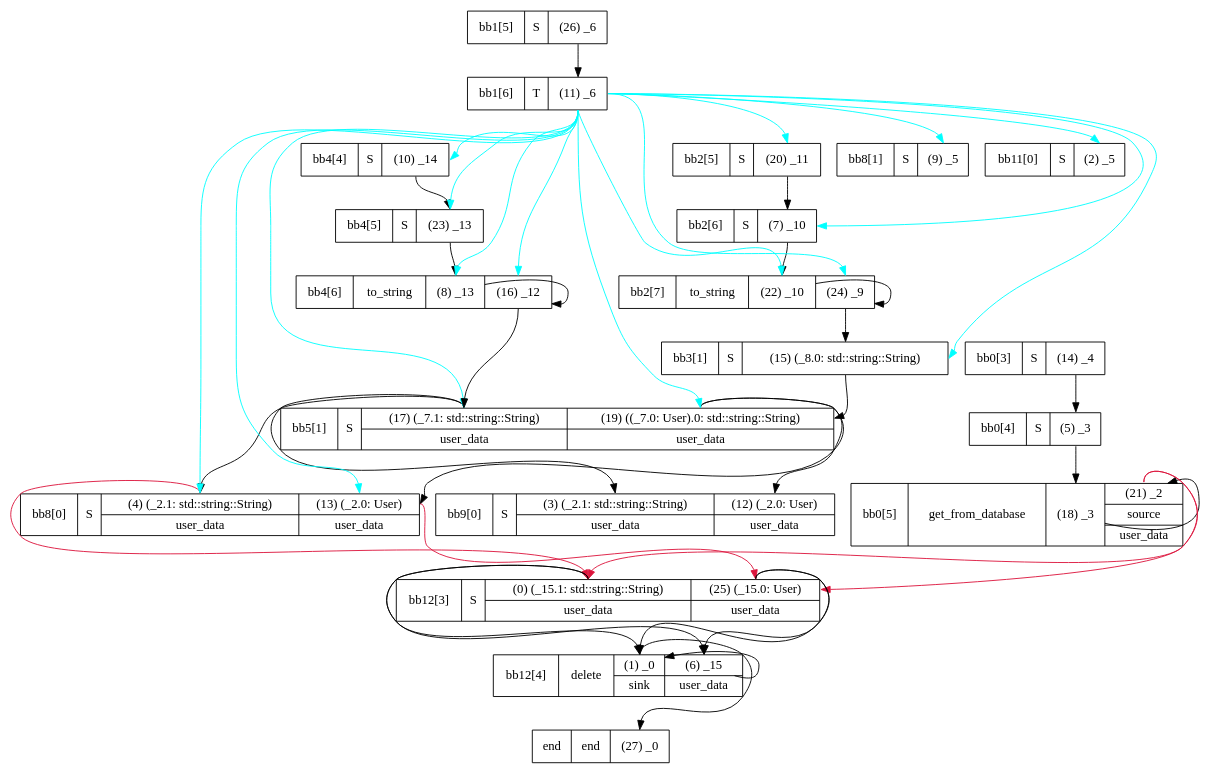
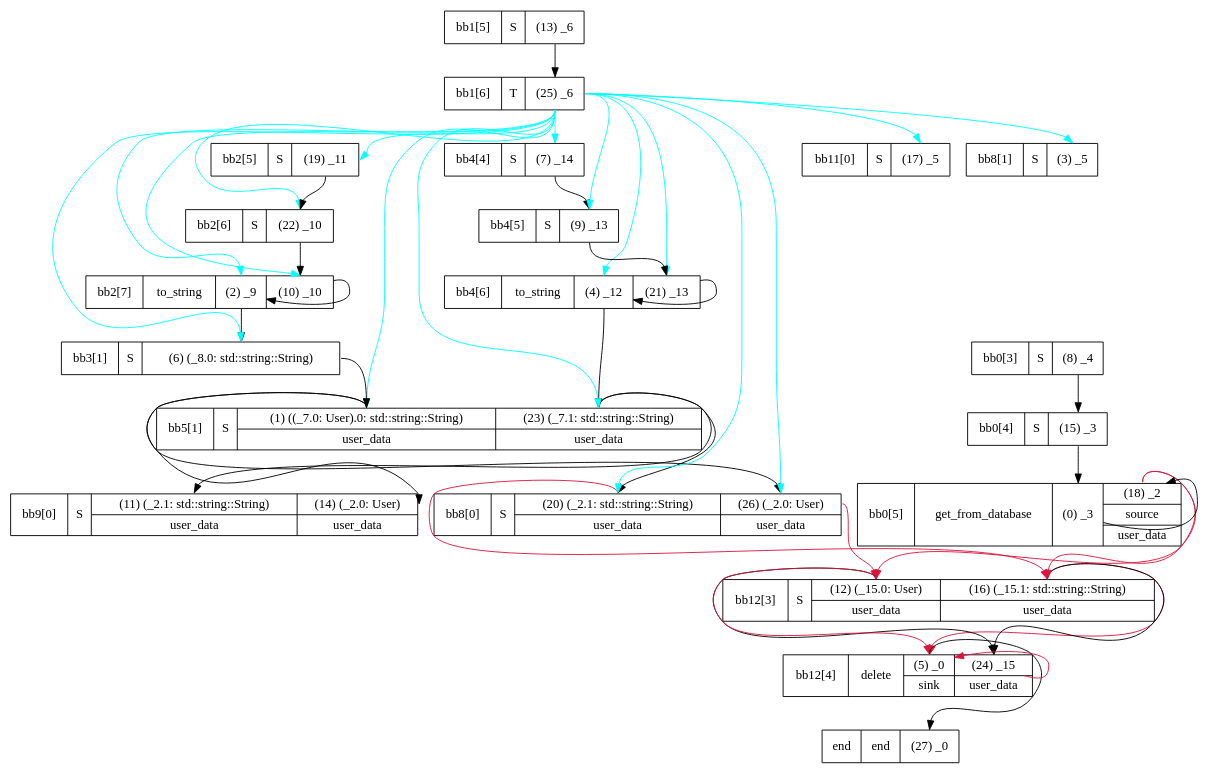
The diagram in guide/file-db-example/call-only-flow.gv (MithiJ/paralegal), drawn with Graphviz before and after one commit. The commit also changed 16 other files, not shown here.

Commit message:
Justus' alg final with graphs

```diff
--- a/guide/file-db-example/call-only-flow.gv
+++ b/guide/file-db-example/call-only-flow.gv
@@ -1,64 +1,64 @@
 digraph g {
-    n4780899728[label="bb5[1]|S|{<p17> (17) (_7.1: std::string::String)| user_data}|{<p19> (19) ((_7.0: User).0: std::string::String)| user_data}"][shape="record"];
-    n4780888432[label="bb2[6]|S|<p7> (7) _10"][shape="record"];
-    n4780917456[label="bb9[0]|S|{<p3> (3) (_2.1: std::string::String)| user_data}|{<p12> (12) (_2.0: User)| user_data}"][shape="record"];
-    n4780900176[label="bb8[0]|S|{<p4> (4) (_2.1: std::string::String)| user_data}|{<p13> (13) (_2.0: User)| user_data}"][shape="record"];
-    n4780602672[label="bb2[5]|S|<p20> (20) _11"][shape="record"];
-    n4780891760[label="bb3[1]|S|<p15> (15) (_8.0: std::string::String)"][shape="record"];
-    n4780888128[label="bb0[4]|S|<p5> (5) _3"][shape="record"];
-    n4780661456[label="bb0[5]|get_from_database|<p18> (18) _3|{<p21> (21) _2| source| user_data}"][shape="record"];
-    n4780891600[label="bb4[5]|S|<p23> (23) _13"][shape="record"];
-    n5047874752[label="end|end|<p27> (27) _0"][shape="record"];
-    n4780891888[label="bb4[4]|S|<p10> (10) _14"][shape="record"];
-    n4780868352[label="bb2[7]|to_string|<p22> (22) _10|<p24> (24) _9"][shape="record"];
-    n4780881968[label="bb1[5]|S|<p26> (26) _6"][shape="record"];
-    n4780913760[label="bb8[1]|S|<p9> (9) _5"][shape="record"];
-    n4780893488[label="bb12[3]|S|{<p0> (0) (_15.1: std::string::String)| user_data}|{<p25> (25) (_15.0: User)| user_data}"][shape="record"];
-    n4780886352[label="bb11[0]|S|<p2> (2) _5"][shape="record"];
-    n4780930048[label="bb1[6]|T|<p11> (11) _6"][shape="record"];
-    n4780918928[label="bb12[4]|delete|{<p1> (1) _0| sink}|{<p6> (6) _15| user_data}"][shape="record"];
-    n4780888512[label="bb0[3]|S|<p14> (14) _4"][shape="record"];
-    n4780892960[label="bb4[6]|to_string|<p8> (8) _13|<p16> (16) _12"][shape="record"];
-    n4780893488:p25 -> n4780918928:p6[label=""];
-    n4780661456:p21 -> n4780893488:p0[label=""][color="crimson"];
-    n4780930048:p11 -> n4780891888:p10[label=""][color="aqua"];
-    n4780930048:p11 -> n4780891600:p23[label=""][color="aqua"];
-    n4780930048:p11 -> n4780899728:p17[label=""][color="aqua"];
-    n4780900176:p13 -> n4780893488:p25[label=""][color="crimson"];
-    n4780918928:p6 -> n4780918928:p1[label=""];
-    n4780918928:p1 -> n5047874752:p27[label=""];
-    n4780661456:p21 -> n4780893488:p25[label=""][color="crimson"];
-    n4780900176:p4 -> n4780893488:p0[label=""][color="crimson"];
-    n4780602672:p20 -> n4780888432:p7[label=""];
-    n4780891888:p10 -> n4780891600:p23[label=""];
-    n4780930048:p11 -> n4780868352:p24[label=""][color="aqua"];
-    n4780930048:p11 -> n4780900176:p13[label=""][color="aqua"];
-    n4780930048:p11 -> n4780892960:p8[label=""][color="aqua"];
-    n4780899728:p17 -> n4780900176:p4[label=""];
-    n4780661456:p18 -> n4780661456:p21[label=""];
-    n4780868352:p24 -> n4780891760:p15[label=""];
-    n4780891760:p15 -> n4780899728:p19[label=""];
-    n4780899728:p19 -> n4780917456:p12[label=""];
-    n4780930048:p11 -> n4780602672:p20[label=""][color="aqua"];
-    n4780930048:p11 -> n4780892960:p16[label=""][color="aqua"];
-    n4780930048:p11 -> n4780900176:p4[label=""][color="aqua"];
-    n4780930048:p11 -> n4780868352:p22[label=""][color="aqua"];
-    n4780888128:p5 -> n4780661456:p18[label=""];
-    n4780888432:p7 -> n4780868352:p22[label=""];
-    n4780891600:p23 -> n4780892960:p8[label=""];
-    n4780892960:p8 -> n4780892960:p16[label=""];
-    n4780930048:p11 -> n4780899728:p19[label=""][color="aqua"];
-    n4780893488:p0 -> n4780918928:p1[label=""];
-    n4780930048:p11 -> n4780891760:p15[label=""][color="aqua"];
-    n4780888512:p14 -> n4780888128:p5[label=""];
-    n4780893488:p25 -> n4780918928:p1[label=""];
-    n4780930048:p11 -> n4780886352:p2[label=""][color="aqua"];
-    n4780899728:p19 -> n4780900176:p13[label=""];
-    n4780893488:p0 -> n4780918928:p6[label=""];
-    n4780868352:p22 -> n4780868352:p24[label=""];
-    n4780930048:p11 -> n4780913760:p9[label=""][color="aqua"];
-    n4780881968:p26 -> n4780930048:p11[label=""];
-    n4780892960:p16 -> n4780899728:p17[label=""];
-    n4780899728:p17 -> n4780917456:p3[label=""];
-    n4780930048:p11 -> n4780888432:p7[label=""][color="aqua"];
+    n5745179008[label="bb1[5]|S|<p13> (13) _6"][shape="record"];
+    n5745224080[label="bb0[3]|S|<p8> (8) _4"][shape="record"];
+    n5745178512[label="bb9[0]|S|{<p11> (11) (_2.1: std::string::String)| user_data}|{<p14> (14) (_2.0: User)| user_data}"][shape="record"];
+    n5745177296[label="bb4[4]|S|<p7> (7) _14"][shape="record"];
+    n5745219648[label="bb11[0]|S|<p17> (17) _5"][shape="record"];
+    n5745191616[label="bb5[1]|S|{<p1> (1) ((_7.0: User).0: std::string::String)| user_data}|{<p23> (23) (_7.1: std::string::String)| user_data}"][shape="record"];
+    n5745234432[label="bb2[7]|to_string|<p2> (2) _9|<p10> (10) _10"][shape="record"];
+    n5745178864[label="bb4[6]|to_string|<p4> (4) _12|<p21> (21) _13"][shape="record"];
+    n5745243936[label="bb0[4]|S|<p15> (15) _3"][shape="record"];
+    n5745174240[label="bb8[0]|S|{<p20> (20) (_2.1: std::string::String)| user_data}|{<p26> (26) (_2.0: User)| user_data}"][shape="record"];
+    n5745198288[label="bb1[6]|T|<p25> (25) _6"][shape="record"];
+    n5745176240[label="bb2[5]|S|<p19> (19) _11"][shape="record"];
+    n5745183632[label="bb12[3]|S|{<p12> (12) (_15.0: User)| user_data}|{<p16> (16) (_15.1: std::string::String)| user_data}"][shape="record"];
+    n5745245968[label="bb2[6]|S|<p22> (22) _10"][shape="record"];
+    n5745234832[label="bb0[5]|get_from_database|<p0> (0) _3|{<p18> (18) _2| source| user_data}"][shape="record"];
+    n5745180048[label="end|end|<p27> (27) _0"][shape="record"];
+    n5745178640[label="bb3[1]|S|<p6> (6) (_8.0: std::string::String)"][shape="record"];
+    n5745179952[label="bb8[1]|S|<p3> (3) _5"][shape="record"];
+    n5745188752[label="bb12[4]|delete|{<p5> (5) _0| sink}|{<p24> (24) _15| user_data}"][shape="record"];
+    n5745191968[label="bb4[5]|S|<p9> (9) _13"][shape="record"];
+    n5745234832:p18 -> n5745183632:p12[label=""][color="crimson"];
+    n5745198288:p25 -> n5745176240:p19[label=""][color="aqua"];
+    n5745234832:p18 -> n5745183632:p16[label=""][color="crimson"];
+    n5745198288:p25 -> n5745191968:p9[label=""][color="aqua"];
+    n5745188752:p24 -> n5745188752:p5[label=""][color="crimson"];
+    n5745191616:p1 -> n5745174240:p26[label=""];
+    n5745198288:p25 -> n5745245968:p22[label=""][color="aqua"];
+    n5745198288:p25 -> n5745174240:p20[label=""][color="aqua"];
+    n5745174240:p26 -> n5745183632:p12[label=""][color="crimson"];
+    n5745178864:p4 -> n5745191616:p23[label=""];
+    n5745198288:p25 -> n5745234432:p2[label=""][color="aqua"];
+    n5745191968:p9 -> n5745178864:p21[label=""];
+    n5745183632:p16 -> n5745188752:p5[label=""][color="crimson"];
+    n5745198288:p25 -> n5745191616:p23[label=""][color="aqua"];
+    n5745174240:p20 -> n5745183632:p16[label=""][color="crimson"];
+    n5745243936:p15 -> n5745234832:p0[label=""];
+    n5745198288:p25 -> n5745177296:p7[label=""][color="aqua"];
+    n5745198288:p25 -> n5745178864:p4[label=""][color="aqua"];
+    n5745183632:p12 -> n5745188752:p24[label=""];
+    n5745183632:p12 -> n5745188752:p5[label=""][color="crimson"];
+    n5745234832:p0 -> n5745234832:p18[label=""];
+    n5745198288:p25 -> n5745234432:p10[label=""][color="aqua"];
+    n5745191616:p1 -> n5745178512:p14[label=""];
+    n5745191616:p23 -> n5745178512:p11[label=""];
+    n5745245968:p22 -> n5745234432:p10[label=""];
+    n5745179008:p13 -> n5745198288:p25[label=""];
+    n5745224080:p8 -> n5745243936:p15[label=""];
+    n5745178864:p21 -> n5745178864:p4[label=""];
+    n5745176240:p19 -> n5745245968:p22[label=""];
+    n5745198288:p25 -> n5745191616:p1[label=""][color="aqua"];
+    n5745183632:p16 -> n5745188752:p24[label=""];
+    n5745198288:p25 -> n5745219648:p17[label=""][color="aqua"];
+    n5745234432:p2 -> n5745178640:p6[label=""];
+    n5745177296:p7 -> n5745191968:p9[label=""];
+    n5745198288:p25 -> n5745178864:p21[label=""][color="aqua"];
+    n5745178640:p6 -> n5745191616:p1[label=""];
+    n5745198288:p25 -> n5745174240:p26[label=""][color="aqua"];
+    n5745198288:p25 -> n5745178640:p6[label=""][color="aqua"];
+    n5745191616:p23 -> n5745174240:p20[label=""];
+    n5745188752:p5 -> n5745180048:p27[label=""];
+    n5745234432:p10 -> n5745234432:p2[label=""];
+    n5745198288:p25 -> n5745179952:p3[label=""][color="aqua"];
 }
```
